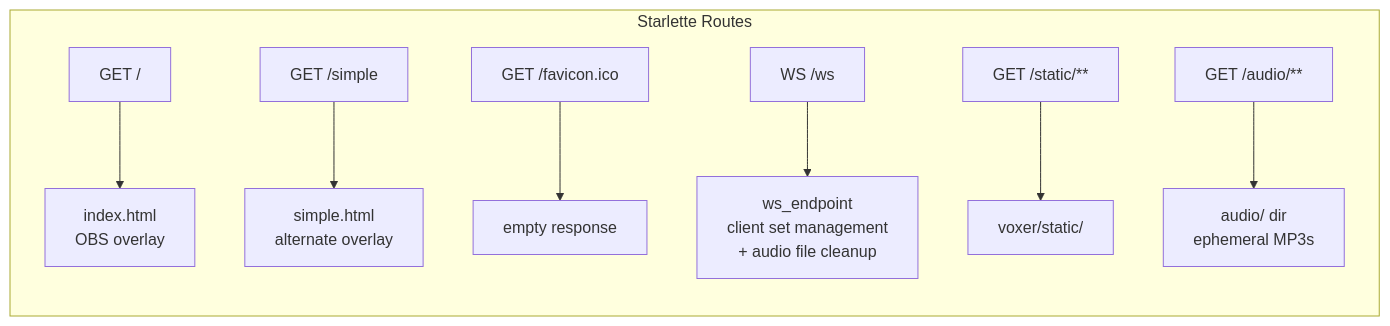
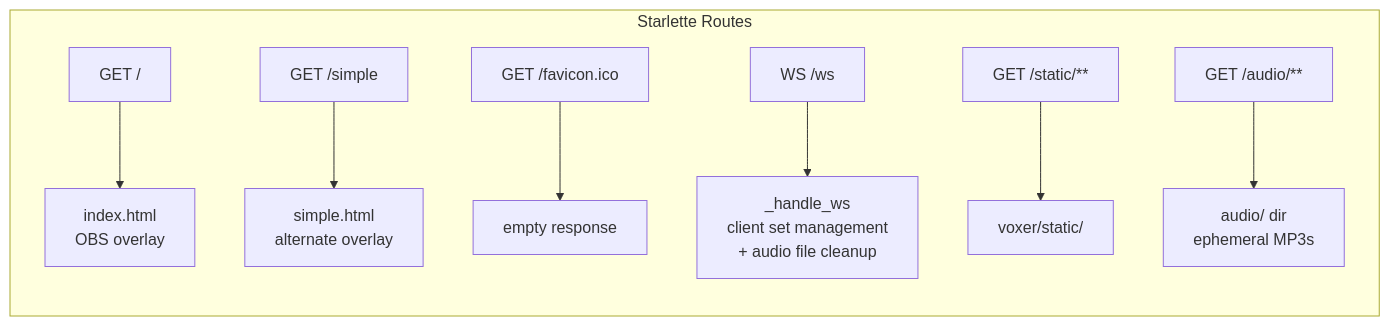
One commit to w0rxbend/twitch-voxer changed the seventh of 8 diagrams in ARCHITECTURE.md. Above: the diagram before and after it, drawn with Mermaid. The commit also changed 1 other file, not shown here.

````diff
--- a/ARCHITECTURE.md
+++ b/ARCHITECTURE.md
@@ -231,11 +231,11 @@
 ```mermaid
 graph LR
     subgraph Starlette Routes
         R1[GET /] --> IDX[index.html\nOBS overlay]
         R2[GET /simple] --> SIMP[simple.html\nalternate overlay]
         R3[GET /favicon.ico] --> FAV[empty response]
-        R4[WS /ws] --> WSH[ws_endpoint\nclient set management\n+ audio file cleanup]
+        R4[WS /ws] --> WSH[_handle_ws\nclient set management\n+ audio file cleanup]
         R5[GET /static/**] --> STDIR[voxer/static/]
         R6[GET /audio/**] --> ADIR[audio/ dir\nephemeral MP3s]
     end
 ```
````
